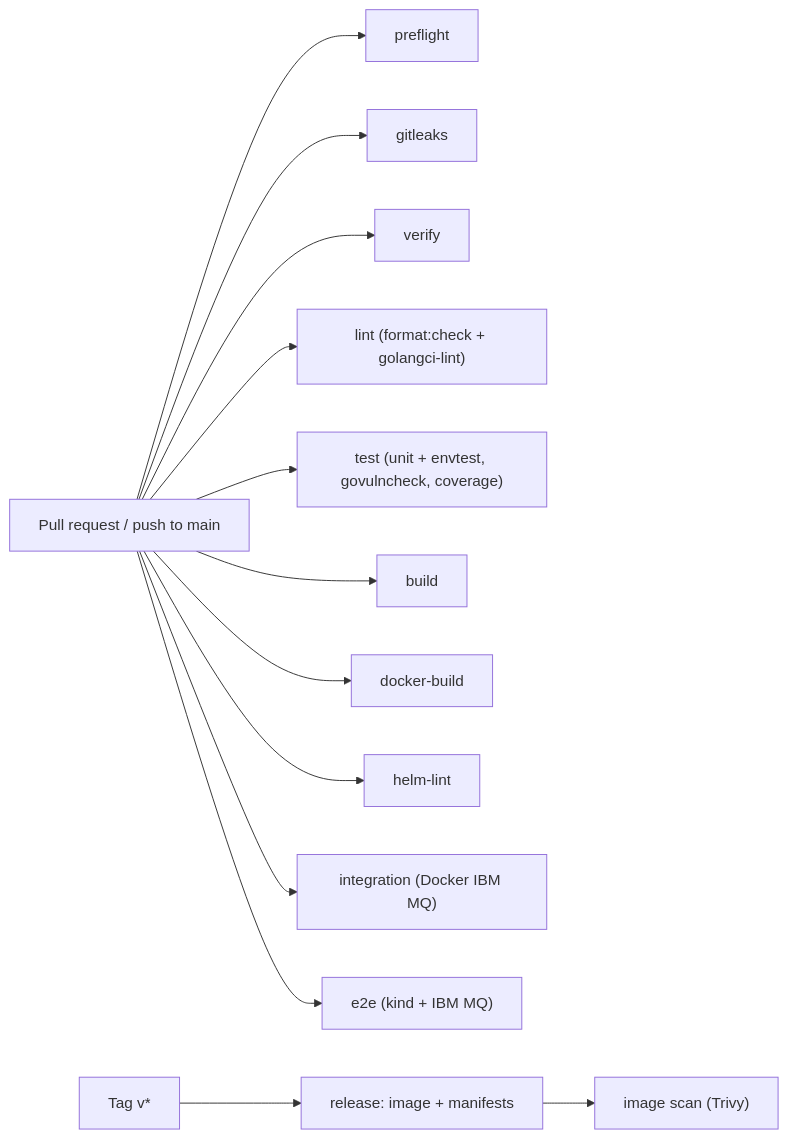
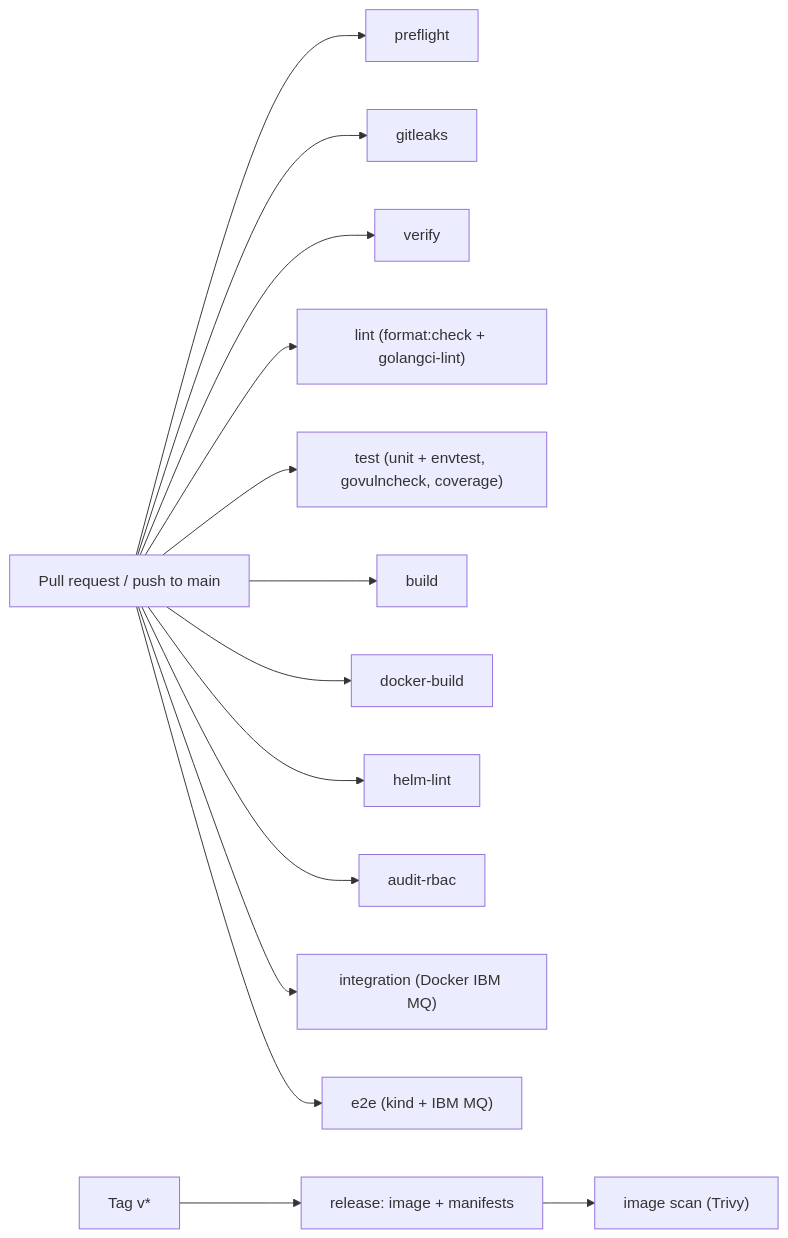
The diagram in docs/CICD.md (conduit-ops/MKurator), drawn with Mermaid before and after one commit. The commit also changed other lines of this file and 17 other files, not shown here.

First line of the commit message:
:construction_worker: ci: add CodeQL, Scorecard, audit-rbac, and lint gates

````diff
--- a/docs/CICD.md
+++ b/docs/CICD.md
@@ -30,17 +31,18 @@
 ```mermaid
 flowchart LR
   pr["Pull request / push to main"] --> preflight
   pr --> gitleaks
   pr --> verify
   pr --> lint
   pr --> test
   pr --> build
   pr --> docker["docker-build"]
   pr --> helmlint["helm-lint"]
+  pr --> auditrbac["audit-rbac"]
   lint["lint (format:check + golangci-lint)"]
   test["test (unit + envtest, govulncheck, coverage)"]
   pr --> integration["integration (Docker IBM MQ)"]
   pr --> e2e["e2e (kind + IBM MQ)"]
   tag["Tag v*"] --> release["release: image + manifests"]
   release --> scan["image scan (Trivy)"]
 ```
````
